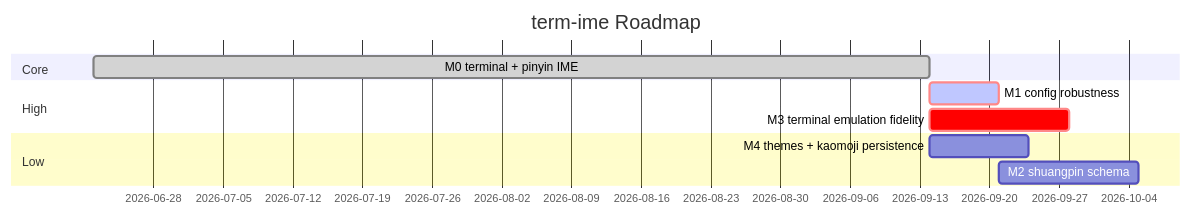
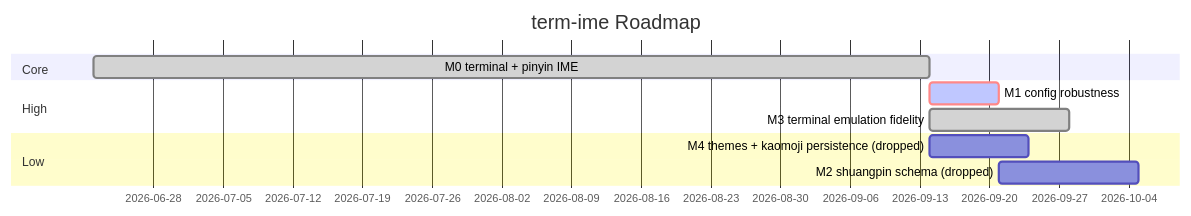
One commit to adam-ikari/term-ime changed the diagram in brain/roadmap.md. Above: the diagram before and after it, drawn with Mermaid. The commit also changed other lines of this file and 3 other files, not shown here.

Commit message:
chore: 发布前收尾(brain roadmap 标记 M2/M4 放弃 + 网站文档更新已含)

````diff
--- a/brain/roadmap.md
+++ b/brain/roadmap.md
@@ -15,13 +16,14 @@
 ```mermaid
 gantt
   title term-ime Roadmap
  dateFormat YYYY-MM-DD
   section Core
   M0 terminal + pinyin IME :done, m0, 2026-06-22, 2026-09-14
   section High
   M1 config robustness :active, crit, m1, after m0, 7d
-  M3 terminal emulation fidelity :crit, m3, after m0, 14d
+  M3 terminal emulation fidelity :done, m3, after m0, 14d
   section Low
-  M4 themes + kaomoji persistence :m4, after m0, 10d
-  M2 shuangpin schema :m2, after m1, 14d
+  %% M2/M4 dropped 2026-09 — not scheduled
+  M4 themes + kaomoji persistence (dropped) :m4, after m0, 10d
+  M2 shuangpin schema (dropped) :m2, after m1, 14d
 ```
````
